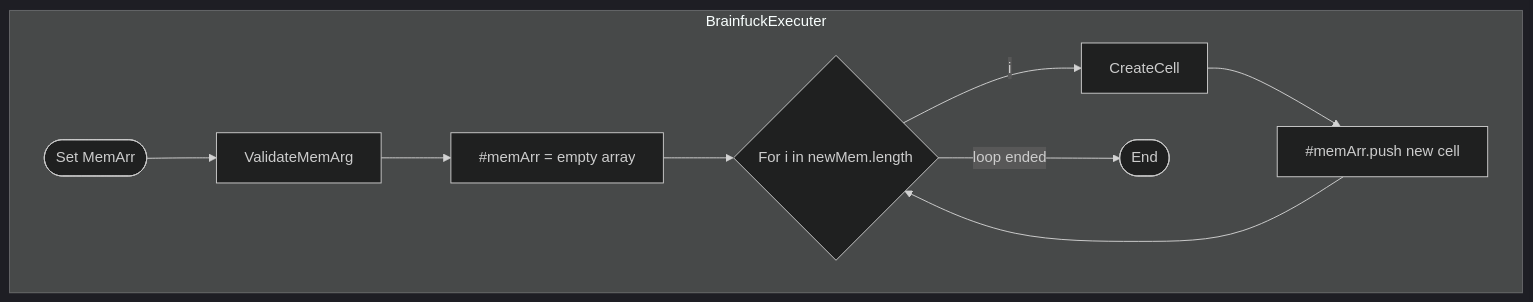
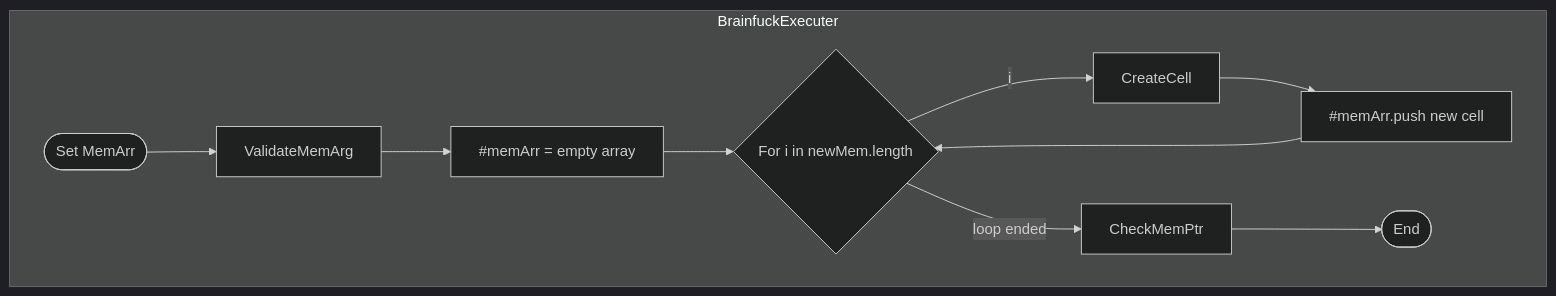
One commit to BCS21090011/BrainFucker changed the eighth of 26 diagrams in src/Classes_Info/BrainfuckExecuter.md. Above: the diagram before and after it, drawn with Mermaid (dark theme). The commit also changed other lines of this file, not shown here.

Commit message:
Ammended some charts.

````diff
--- a/src/Classes_Info/BrainfuckExecuter.md
+++ b/src/Classes_Info/BrainfuckExecuter.md
@@ -460,28 +445,31 @@
     ```mermaid
     flowchart
         subgraph BrainfuckExecuter
             Start([Set MemArr])
             ValidateMemArg
             InitializeMemArr[#memArr = empty array]
             ForCond{For i in newMem.length}
             CreateCell
             PushToMemArr[#memArr.push new cell]
+            CheckMemPtr
             End([End])
         end
 
         Start
         -->
         ValidateMemArg
         -->
         InitializeMemArr
         -->
         ForCond
         --i-->
         CreateCell
         -->
         PushToMemArr
         -->
         ForCond
         --loop ended-->
+        CheckMemPtr
+        -->
         End
     ```
````
